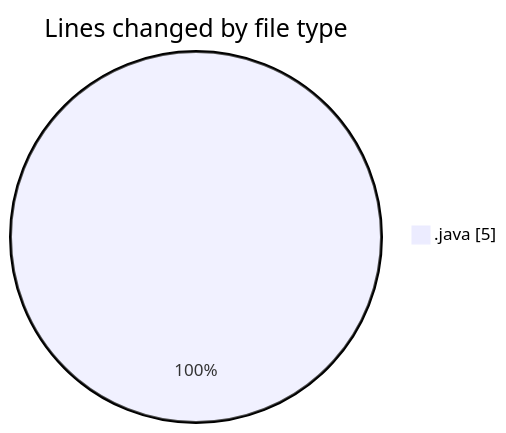
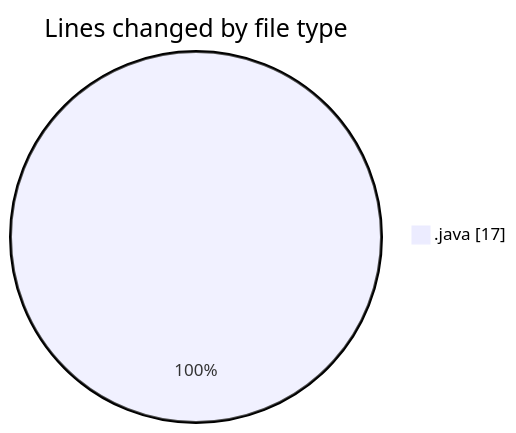
Before and after one commit to hasnaa123/code-tracking: the first of 2 diagrams in 2026-02-09/fondamentals/README.md, drawn with Mermaid. The commit also changed other lines of this file and 1 other file, not shown here.

````diff
--- a/2026-02-09/fondamentals/README.md
+++ b/2026-02-09/fondamentals/README.md
@@ -20,5 +20,5 @@
 ```mermaid
 pie showData
 title Lines changed by file type
-".java" : 5
+".java" : 17
 ```
````
